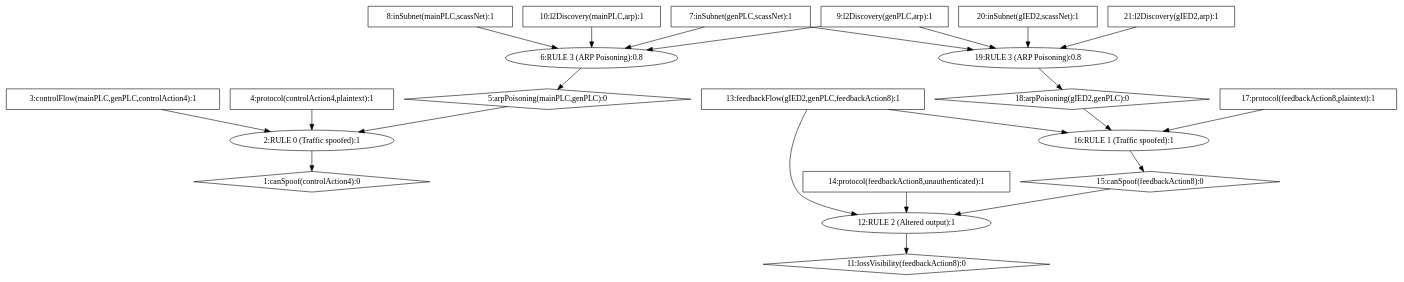
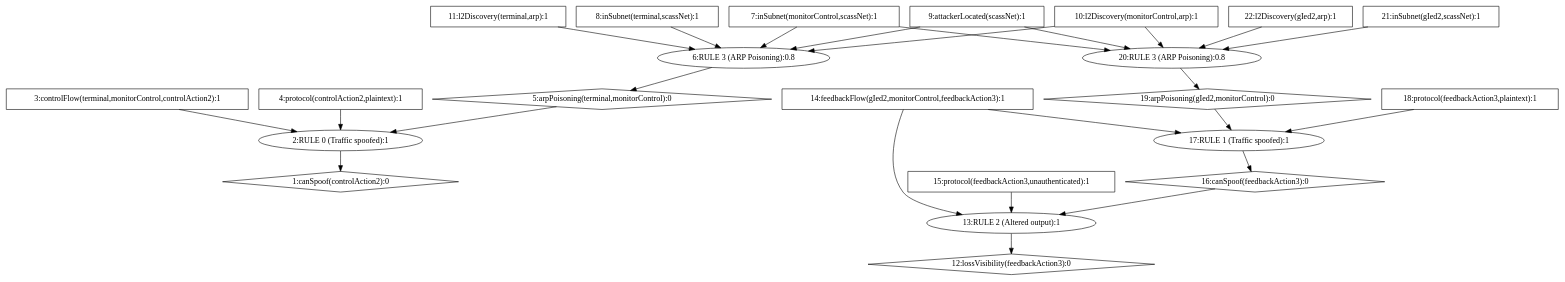
The diagram in AG/output/AttackGraph.dot (NS-unina/ICS-Cyberange), drawn with Graphviz before and after one commit. The commit also changed 14 other files, not shown here.

```diff
--- a/AG/output/AttackGraph.dot
+++ b/AG/output/AttackGraph.dot
@@ -1,45 +1,48 @@
 digraph G {
-	1 [label="1:canSpoof(controlAction4):0",shape=diamond];
+	1 [label="1:canSpoof(controlAction2):0",shape=diamond];
 	2 [label="2:RULE 0 (Traffic spoofed):1",shape=ellipse];
-	3 [label="3:controlFlow(mainPLC,genPLC,controlAction4):1",shape=box];
-	4 [label="4:protocol(controlAction4,plaintext):1",shape=box];
-	5 [label="5:arpPoisoning(mainPLC,genPLC):0",shape=diamond];
+	3 [label="3:controlFlow(terminal,monitorControl,controlAction2):1",shape=box];
+	4 [label="4:protocol(controlAction2,plaintext):1",shape=box];
+	5 [label="5:arpPoisoning(terminal,monitorControl):0",shape=diamond];
 	6 [label="6:RULE 3 (ARP Poisoning):0.8",shape=ellipse];
-	7 [label="7:inSubnet(genPLC,scassNet):1",shape=box];
-	8 [label="8:inSubnet(mainPLC,scassNet):1",shape=box];
-	9 [label="9:l2Discovery(genPLC,arp):1",shape=box];
-	10 [label="10:l2Discovery(mainPLC,arp):1",shape=box];
-	11 [label="11:lossVisibility(feedbackAction8):0",shape=diamond];
-	12 [label="12:RULE 2 (Altered output):1",shape=ellipse];
-	13 [label="13:feedbackFlow(gIED2,genPLC,feedbackAction8):1",shape=box];
-	14 [label="14:protocol(feedbackAction8,unauthenticated):1",shape=box];
-	15 [label="15:canSpoof(feedbackAction8):0",shape=diamond];
-	16 [label="16:RULE 1 (Traffic spoofed):1",shape=ellipse];
-	17 [label="17:protocol(feedbackAction8,plaintext):1",shape=box];
-	18 [label="18:arpPoisoning(gIED2,genPLC):0",shape=diamond];
-	19 [label="19:RULE 3 (ARP Poisoning):0.8",shape=ellipse];
-	20 [label="20:inSubnet(gIED2,scassNet):1",shape=box];
-	21 [label="21:l2Discovery(gIED2,arp):1",shape=box];
+	7 [label="7:inSubnet(monitorControl,scassNet):1",shape=box];
+	8 [label="8:inSubnet(terminal,scassNet):1",shape=box];
+	9 [label="9:attackerLocated(scassNet):1",shape=box];
+	10 [label="10:l2Discovery(monitorControl,arp):1",shape=box];
+	11 [label="11:l2Discovery(terminal,arp):1",shape=box];
+	12 [label="12:lossVisibility(feedbackAction3):0",shape=diamond];
+	13 [label="13:RULE 2 (Altered output):1",shape=ellipse];
+	14 [label="14:feedbackFlow(gIed2,monitorControl,feedbackAction3):1",shape=box];
+	15 [label="15:protocol(feedbackAction3,unauthenticated):1",shape=box];
+	16 [label="16:canSpoof(feedbackAction3):0",shape=diamond];
+	17 [label="17:RULE 1 (Traffic spoofed):1",shape=ellipse];
+	18 [label="18:protocol(feedbackAction3,plaintext):1",shape=box];
+	19 [label="19:arpPoisoning(gIed2,monitorControl):0",shape=diamond];
+	20 [label="20:RULE 3 (ARP Poisoning):0.8",shape=ellipse];
+	21 [label="21:inSubnet(gIed2,scassNet):1",shape=box];
+	22 [label="22:l2Discovery(gIed2,arp):1",shape=box];
 	3 -> 	2;
 	4 -> 	2;
 	7 -> 	6;
 	8 -> 	6;
 	9 -> 	6;
 	10 -> 	6;
+	11 -> 	6;
 	6 -> 	5;
 	5 -> 	2;
 	2 -> 	1;
+	14 -> 	13;
+	15 -> 	13;
+	14 -> 	17;
+	18 -> 	17;
+	7 -> 	20;
+	21 -> 	20;
+	9 -> 	20;
+	10 -> 	20;
+	22 -> 	20;
+	20 -> 	19;
+	19 -> 	17;
+	17 -> 	16;
+	16 -> 	13;
 	13 -> 	12;
-	14 -> 	12;
-	13 -> 	16;
-	17 -> 	16;
-	7 -> 	19;
-	20 -> 	19;
-	9 -> 	19;
-	21 -> 	19;
-	19 -> 	18;
-	18 -> 	16;
-	16 -> 	15;
-	15 -> 	12;
-	12 -> 	11;
 }
```
